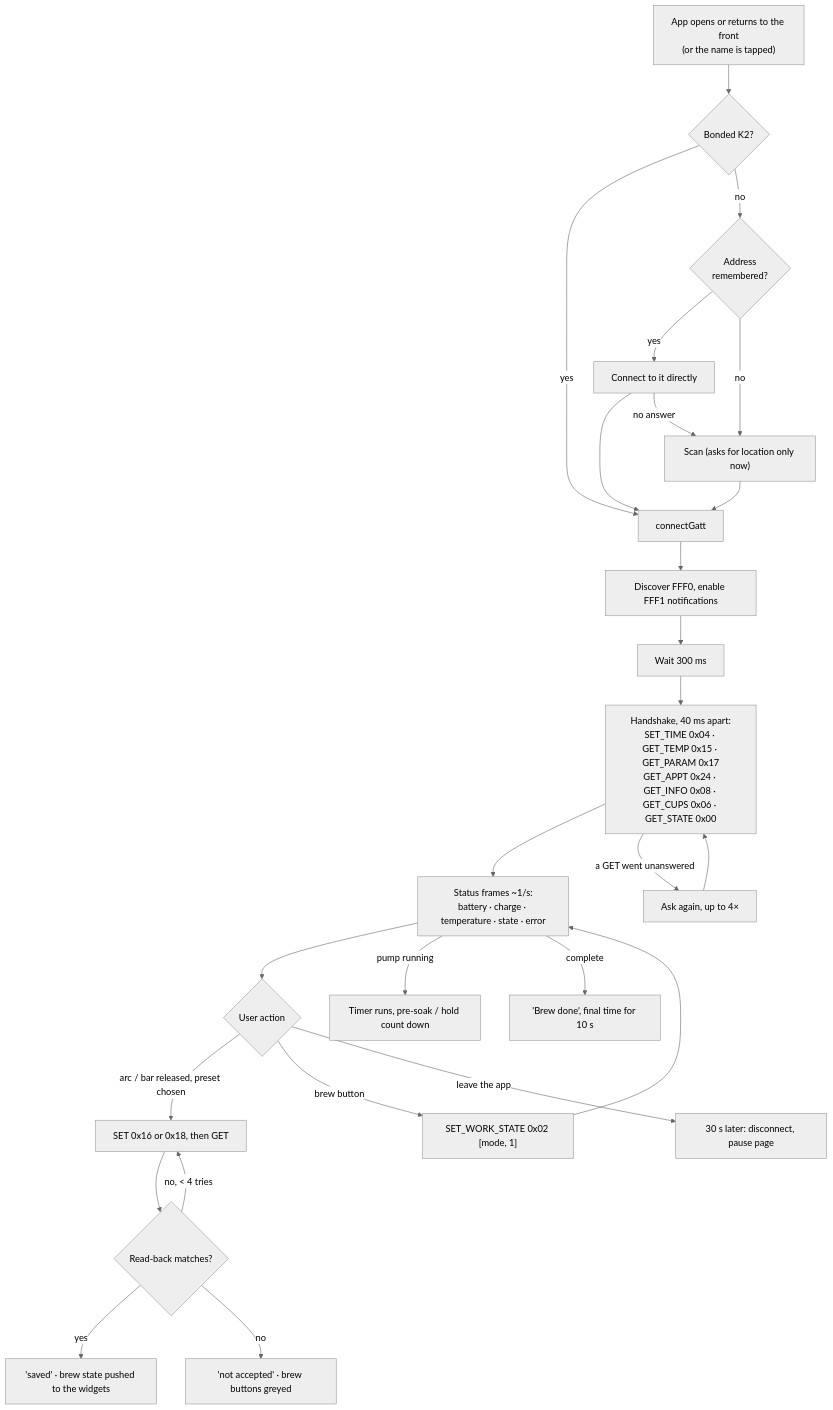
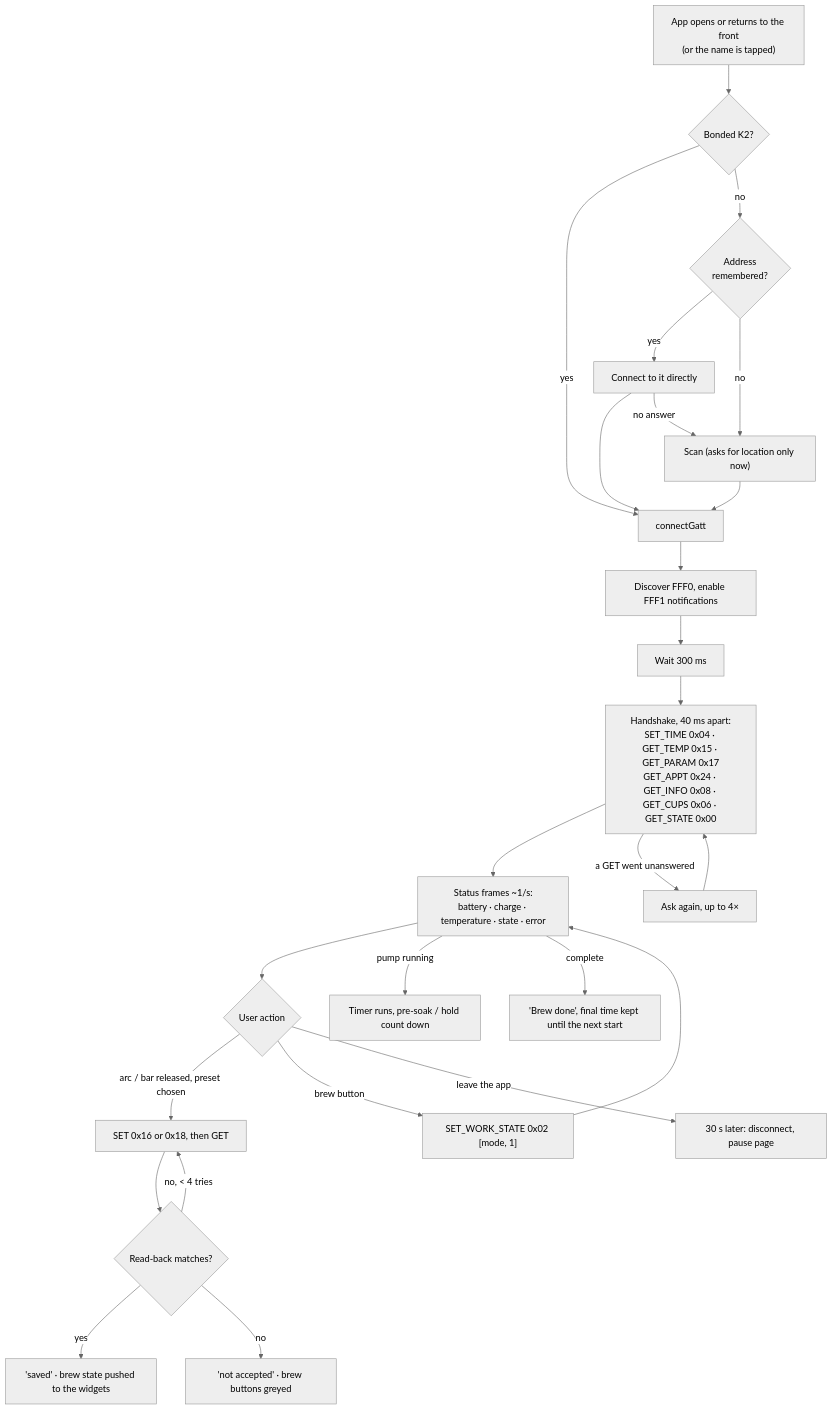
The second of 5 diagrams in README.md (nyx-ulrix/SproControl), drawn with Mermaid (neutral theme) before and after one commit. The commit also changed other lines of this file and 4 other files, not shown here.

Commit message:
1.0.6: large extraction timer in the gauge centre; the final time stays as "Last run" until the next start

````diff
--- a/README.md
+++ b/README.md
@@ -142,25 +143,25 @@
 ```mermaid
 flowchart TD
   A["App opens or returns to the front<br/>(or the name is tapped)"] --> B{"Bonded K2?"}
   B -- yes --> C["connectGatt"]
   B -- no --> M{"Address<br/>remembered?"}
   M -- yes --> D0["Connect to it directly"] --> C
   M -- no --> S["Scan (asks for location only now)"] --> C
   D0 -- no answer --> S
   C --> D["Discover FFF0, enable FFF1 notifications"]
   D --> E["Wait 300 ms"]
   E --> F["Handshake, 40 ms apart:<br/>SET_TIME 0x04 · GET_TEMP 0x15 · GET_PARAM 0x17<br/>GET_APPT 0x24 · GET_INFO 0x08 · GET_CUPS 0x06 · GET_STATE 0x00"]
   F --> G["Status frames ~1/s:<br/>battery · charge · temperature · state · error"]
   G --> H{"User action"}
   H -- "arc / bar released, preset chosen" --> I["SET 0x16 or 0x18, then GET"]
   I --> J{"Read-back matches?"}
   J -- yes --> K["'saved' · brew state pushed to the widgets"]
   J -- "no, < 4 tries" --> I
   J -- no --> L["'not accepted' · brew buttons greyed"]
   H -- "brew button" --> M2["SET_WORK_STATE 0x02 [mode, 1]"]
   M2 --> G
   G -- "pump running" --> N["Timer runs, pre-soak / hold count down"]
-  G -- "complete" --> O["'Brew done', final time for 10 s"]
+  G -- "complete" --> O["'Brew done', final time kept until the next start"]
   F -- "a GET went unanswered" --> R["Ask again, up to 4×"] --> F
   H -- "leave the app" --> Q["30 s later: disconnect, pause page"]
 ```
````
